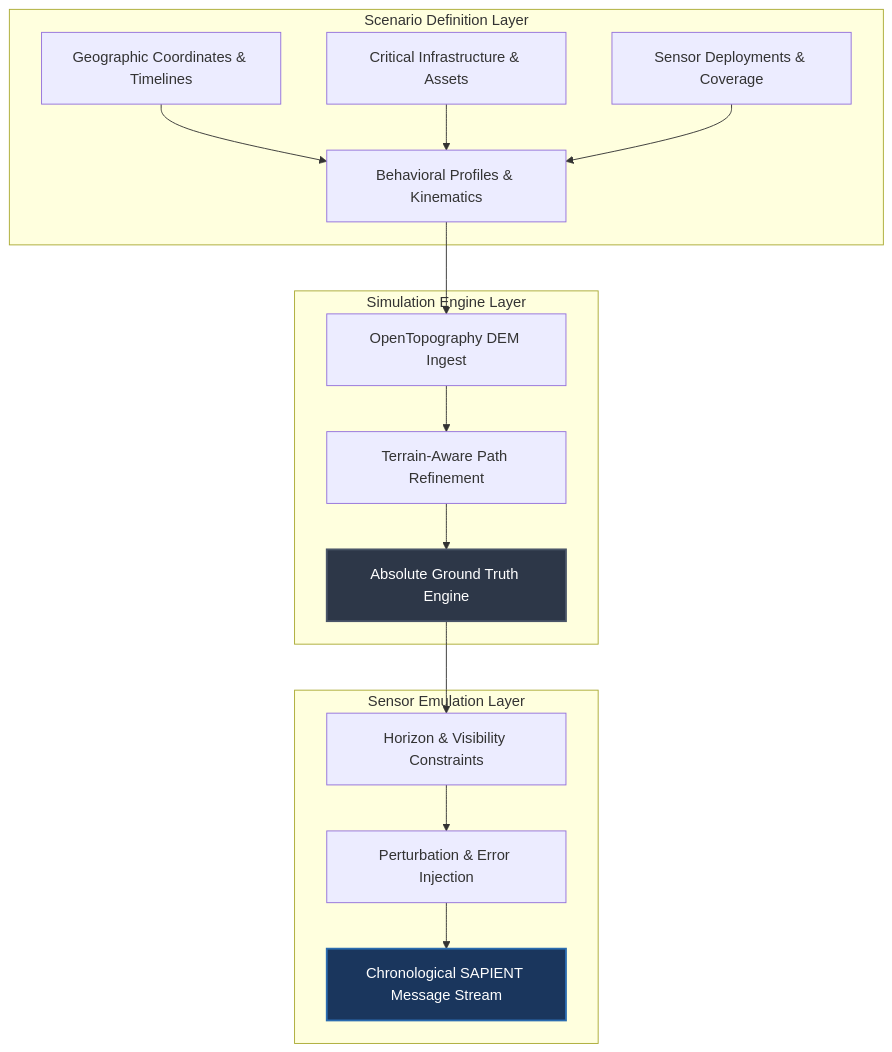
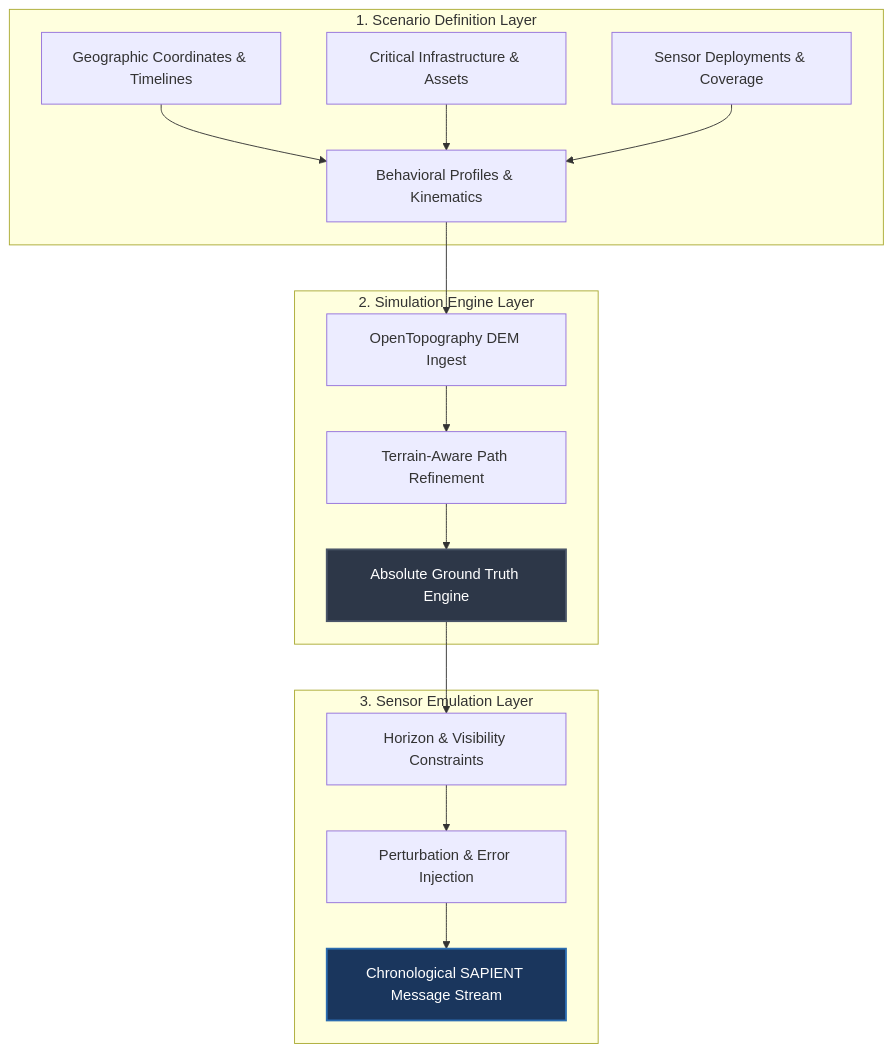
The diagram in README.md (define-ai-foundry/scenario-foundry), drawn with Mermaid before and after one commit. The commit also changed other lines of this file, not shown here.

````diff
--- a/README.md
+++ b/README.md
@@ -48,23 +23,24 @@
 ```mermaid
 graph TD
-    subgraph Scenario Definition Layer
+    subgraph Scenario Definition Layer [1. Scenario Definition Layer]
         A[Geographic Coordinates & Timelines] --> D
         B[Critical Infrastructure & Assets] --> D
         C[Sensor Deployments & Coverage] --> D
     end
 
-    subgraph Simulation Engine Layer
+    subgraph Simulation Engine Layer [2. Simulation Engine Layer]
         D[Behavioral Profiles & Kinematics] --> E[OpenTopography DEM Ingest]
         E --> F[Terrain-Aware Path Refinement]
         F --> G[Absolute Ground Truth Engine]
     end
 
-    subgraph Sensor Emulation Layer
+    subgraph Sensor Emulation Layer [3. Sensor Emulation Layer]
         G --> H[Horizon & Visibility Constraints]
         H --> I[Perturbation & Error Injection]
         I --> J[Chronological SAPIENT Message Stream]
     end
 
+    %% Enhanced Styling for key nodes
     style G fill:#2d3748,stroke:#4a5568,stroke-width:2px,color:#fff
     style J fill:#1a365d,stroke:#2b6cb0,stroke-width:2px,color:#fff
 ```
````
